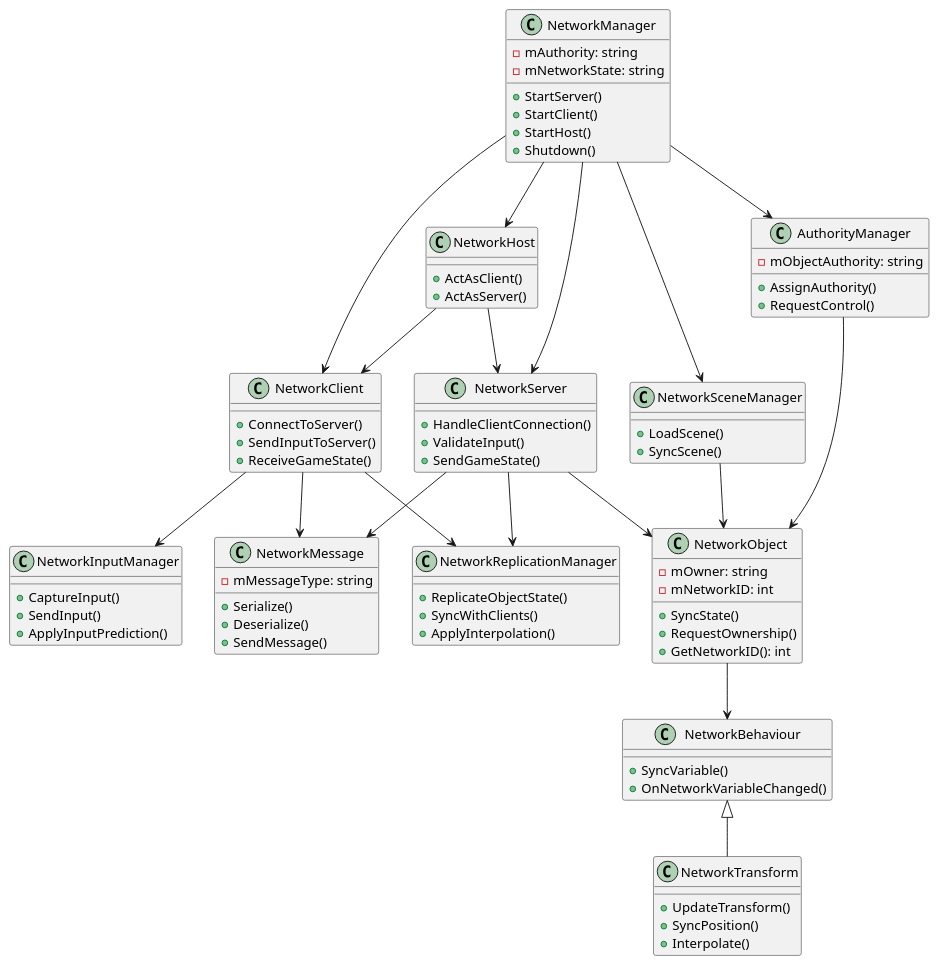
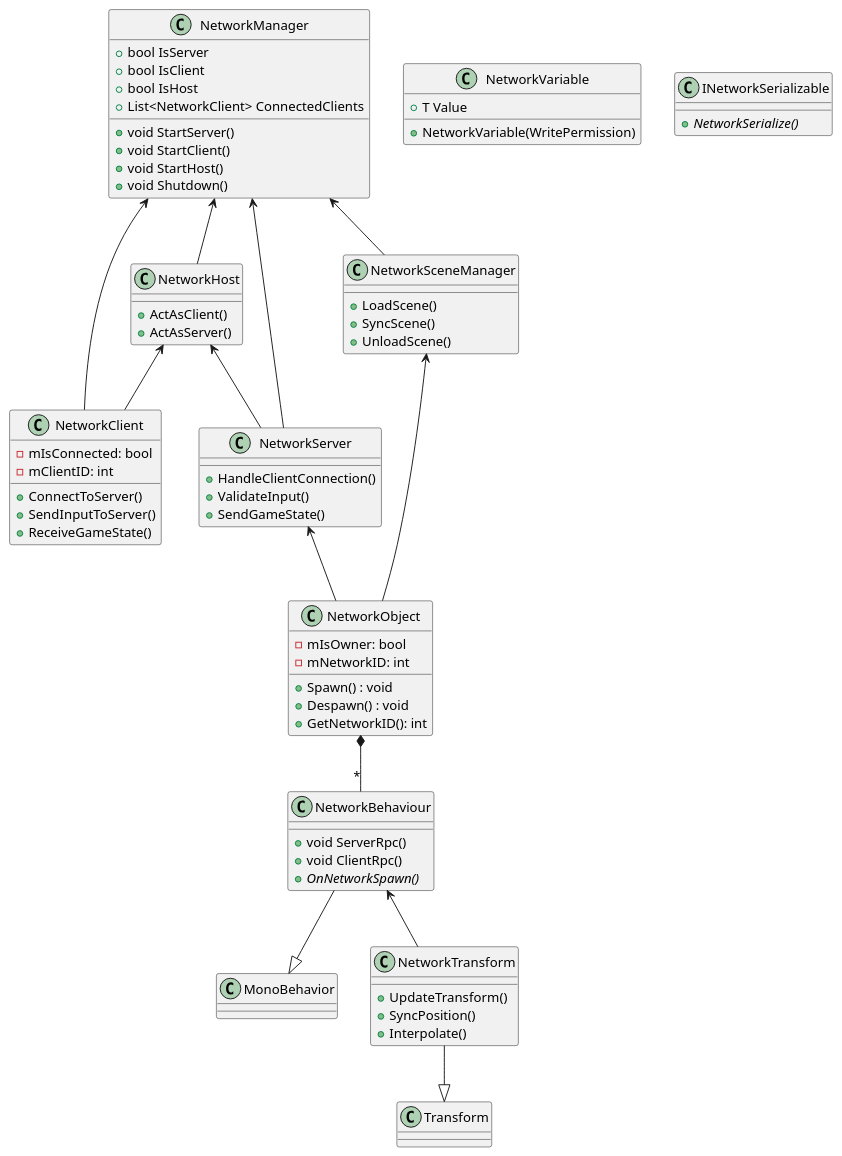
Before and after one commit to Seger01/GameEngine: the diagram in docs/Diagrams/Multiplayer_Class.puml, drawn with PlantUML. The commit also changed 1 other file, not shown here.

Commit message:
Updated network class diagram

```diff
--- a/docs/Diagrams/Multiplayer_Class.puml
+++ b/docs/Diagrams/Multiplayer_Class.puml
@@ -1,101 +1,130 @@
 @startuml
 
 class NetworkManager {
-    + StartServer()
-    + StartClient()
-    + StartHost()
-    + Shutdown()
-    - mAuthority: string
-    - mNetworkState: string
+    +bool IsServer
+    +bool IsClient
+    +bool IsHost
+    +List<NetworkClient> ConnectedClients
+    
+    +void StartServer()
+    +void StartClient()
+    +void StartHost()
+    +void Shutdown()
 }
 
 class NetworkObject {
-    + SyncState()
-    + RequestOwnership()
+    + Spawn() : void
+    + Despawn() : void
     + GetNetworkID(): int
-    - mOwner: string
+    - mIsOwner: bool
     - mNetworkID: int
 }
 
 class NetworkBehaviour {
-    + SyncVariable()
-    + OnNetworkVariableChanged()
+    +void ServerRpc()
+    +void ClientRpc()
+    + {abstract} OnNetworkSpawn()
+    
 }
 
+' Template class for network variables
+class NetworkVariable{
+    + NetworkVariable(WritePermission)
+    + T Value
+    
+}
+
+class MonoBehavior{}
+
+' Maybe not needed
 class NetworkTransform {
     + UpdateTransform()
     + SyncPosition()
     + Interpolate()
 }
 
+class Transform{}
+
 class NetworkClient {
     + ConnectToServer()
     + SendInputToServer()
     + ReceiveGameState()
+
+    - mIsConnected: bool
+    - mClientID: int
 }
 
 class NetworkServer {
     + HandleClientConnection()
     + ValidateInput()
     + SendGameState()
 }
 
 class NetworkHost {
     + ActAsClient()
     + ActAsServer()
 }
 
-class NetworkMessage {
-    + Serialize()
-    + Deserialize()
-    + SendMessage()
-    - mMessageType: string
-}
+' class NetworkMessage {
+'     + Serialize()
+'     + Deserialize()
+'     + SendMessage()
+'     - mMessageType: string
+' }
 
 class NetworkSceneManager {
     + LoadScene()
     + SyncScene()
+    + UnloadScene()
 }
 
-class NetworkInputManager {
-    + CaptureInput()
-    + SendInput()
-    + ApplyInputPrediction()
+' class NetworkInputManager {
+'     + CaptureInput()
+'     + SendInput()
+'     + ApplyInputPrediction()
+' }
+
+' class NetworkReplicationManager {
+'     + ReplicateObjectState()
+'     + SyncWithClients()
+'     + ApplyInterpolation()
+' }
+
+' class AuthorityManager {
+'     + AssignAuthority()
+'     + RequestControl()
+'     - mObjectAuthority: string
+' }
+
+class INetworkSerializable {
+    + {abstract} NetworkSerialize()
+    ' + Deserialize()
 }
 
-class NetworkReplicationManager {
-    + ReplicateObjectState()
-    + SyncWithClients()
-    + ApplyInterpolation()
-}
+NetworkManager <-- NetworkClient
+NetworkManager <-- NetworkServer
+NetworkManager <-- NetworkHost
+NetworkManager <-- NetworkSceneManager
+' NetworkManager <-- AuthorityManager
 
-class AuthorityManager {
-    + AssignAuthority()
-    + RequestControl()
-    - mObjectAuthority: string
-}
+NetworkObject *-- "*" NetworkBehaviour
+NetworkBehaviour <-- NetworkTransform
+NetworkBehaviour --|> MonoBehavior
 
-NetworkManager --> NetworkClient
-NetworkManager --> NetworkServer
-NetworkManager --> NetworkHost
-NetworkManager --> NetworkSceneManager
-NetworkManager --> AuthorityManager
+NetworkTransform --|> Transform
 
-NetworkObject --> NetworkBehaviour
-NetworkBehaviour <|-- NetworkTransform
+' NetworkClient --> NetworkInputManager
+' NetworkClient --> NetworkMessage
+' NetworkClient --> NetworkReplicationManager
 
-NetworkClient --> NetworkInputManager
-NetworkClient --> NetworkMessage
-NetworkClient --> NetworkReplicationManager
+' NetworkServer --> NetworkMessage
+' NetworkServer --> NetworkReplicationManager
+NetworkServer <-- NetworkObject
 
-NetworkServer --> NetworkMessage
-NetworkServer --> NetworkReplicationManager
-NetworkServer --> NetworkObject
+NetworkHost <-- NetworkServer
+NetworkHost <-- NetworkClient
 
-NetworkHost --> NetworkServer
-NetworkHost --> NetworkClient
-
-AuthorityManager --> NetworkObject
-NetworkSceneManager --> NetworkObject
+' AuthorityManager <-- NetworkObject
+NetworkSceneManager <-- NetworkObject
 
 @enduml
```
